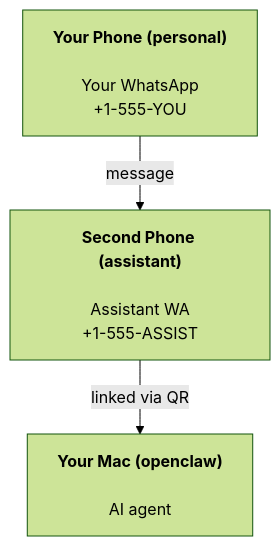
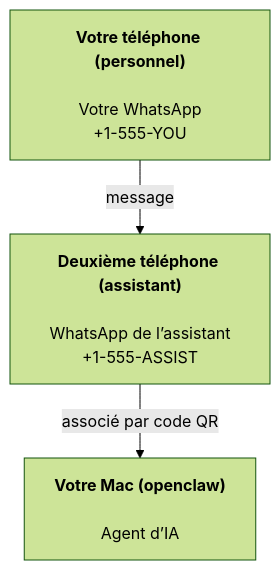
Before and after one commit to openclaw/docs: the diagram in docs/fr/start/openclaw.md, drawn with Mermaid (forest theme). The commit also changed other lines of this file and 3456 other files, not shown here.

````diff
--- a/docs/fr/start/openclaw.md
+++ b/docs/fr/start/openclaw.md
@@ -42,5 +37,5 @@
 ```mermaid
 flowchart TB
-    A["<b>Your Phone (personal)<br></b><br>Your WhatsApp<br>+1-555-YOU"] -- message --> B["<b>Second Phone (assistant)<br></b><br>Assistant WA<br>+1-555-ASSIST"]
-    B -- linked via QR --> C["<b>Your Mac (openclaw)<br></b><br>AI agent"]
+    A["<b>Votre téléphone (personnel)<br></b><br>Votre WhatsApp<br>+1-555-YOU"] -- message --> B["<b>Deuxième téléphone (assistant)<br></b><br>WhatsApp de l’assistant<br>+1-555-ASSIST"]
+    B -- associé par code QR --> C["<b>Votre Mac (openclaw)<br></b><br>Agent d’IA"]
 ```
````
